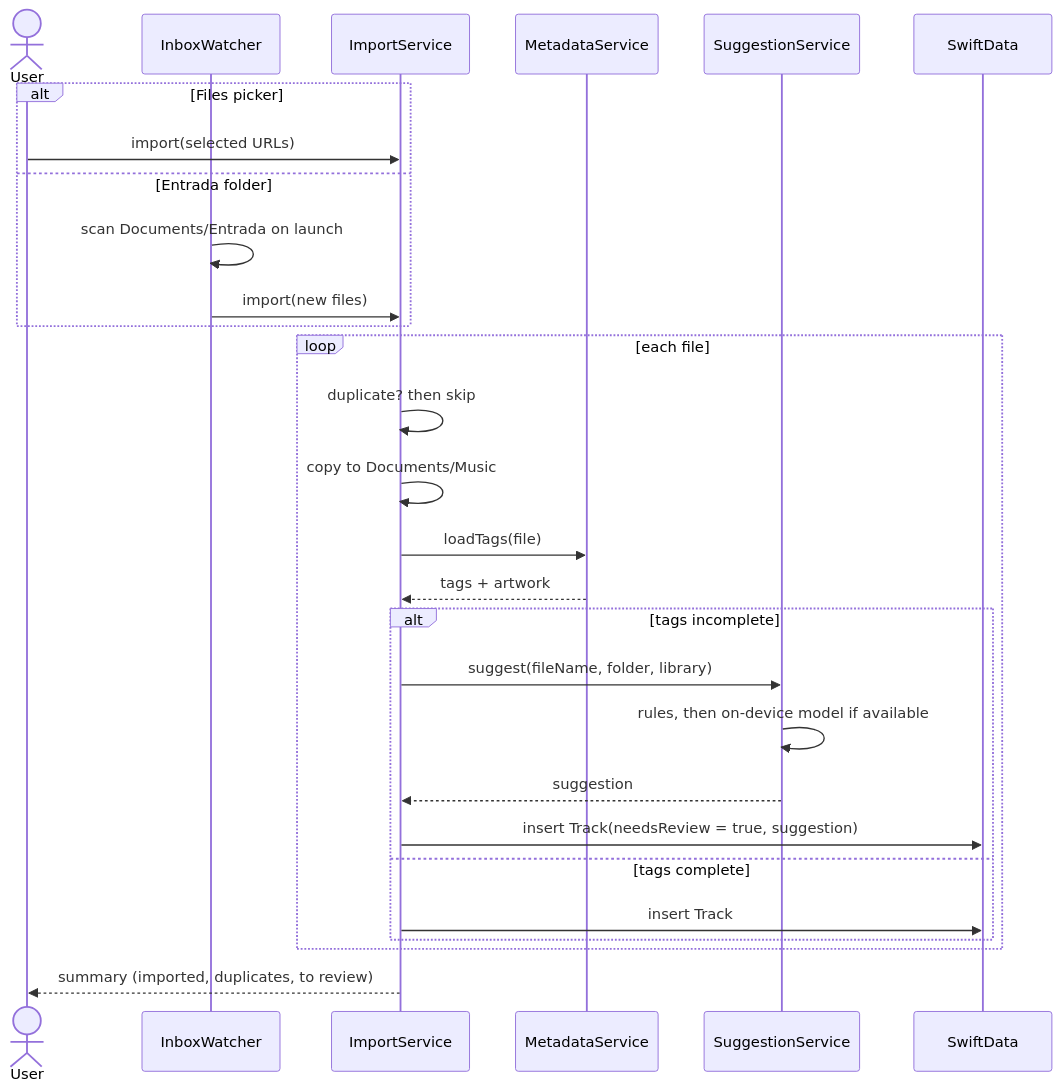
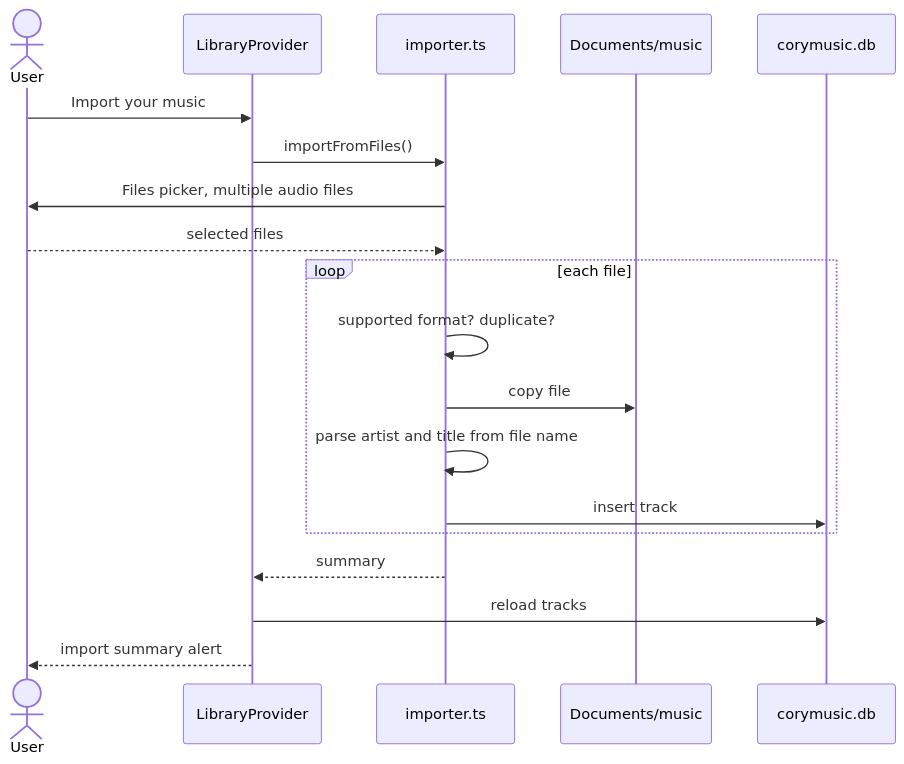
The second of 4 diagrams in docs/ARCHITECTURE.md (sabrinasalomon/CoryMusic), drawn with Mermaid before and after one commit. The commit also changed other lines of this file and 68 other files, not shown here.

````diff
--- a/docs/ARCHITECTURE.md
+++ b/docs/ARCHITECTURE.md
@@ -104,31 +89,22 @@
 ```mermaid
 sequenceDiagram
     actor U as User
-    participant IW as InboxWatcher
-    participant IS as ImportService
-    participant MS as MetadataService
-    participant SS as SuggestionService
-    participant DB as SwiftData
+    participant LP as LibraryProvider
+    participant IM as importer.ts
+    participant FS as Documents/music
+    participant DB as corymusic.db
 
-    alt Files picker
-        U->>IS: import(selected URLs)
-    else Entrada folder
-        IW->>IW: scan Documents/Entrada on launch
-        IW->>IS: import(new files)
+    U->>LP: Import your music
+    LP->>IM: importFromFiles()
+    IM->>U: Files picker, multiple audio files
+    U-->>IM: selected files
+    loop each file
+        IM->>IM: supported format? duplicate?
+        IM->>FS: copy file
+        IM->>IM: parse artist and title from file name
+        IM->>DB: insert track
     end
-    loop each file
-        IS->>IS: duplicate? then skip
-        IS->>IS: copy to Documents/Music
-        IS->>MS: loadTags(file)
-        MS-->>IS: tags + artwork
-        alt tags incomplete
-            IS->>SS: suggest(fileName, folder, library)
-            SS->>SS: rules, then on-device model if available
-            SS-->>IS: suggestion
-            IS->>DB: insert Track(needsReview = true, suggestion)
-        else tags complete
-            IS->>DB: insert Track
-        end
-    end
-    IS-->>U: summary (imported, duplicates, to review)
+    IM-->>LP: summary
+    LP->>DB: reload tracks
+    LP-->>U: import summary alert
 ```
````
